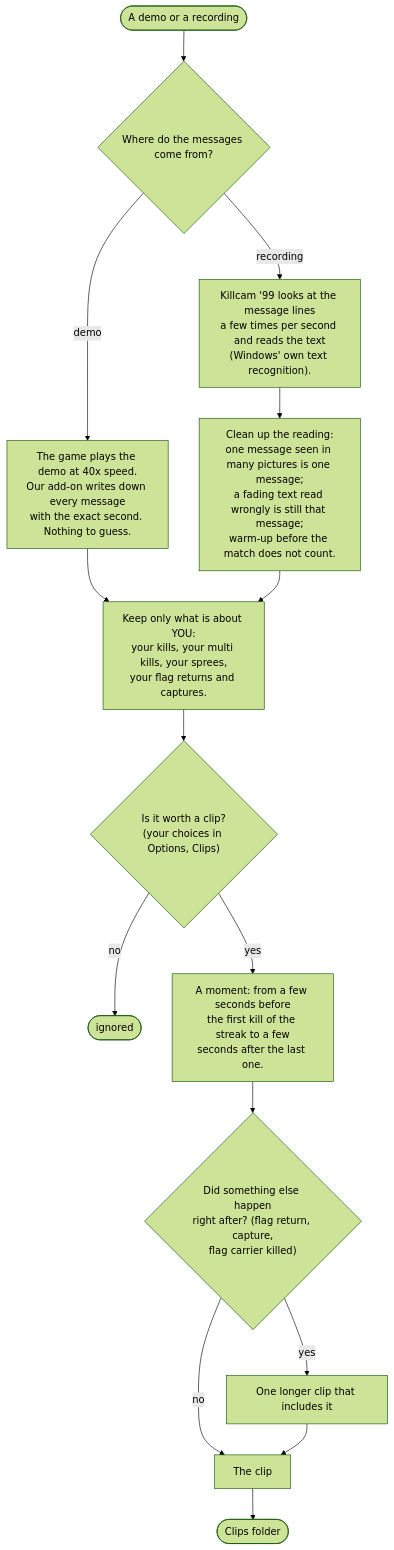
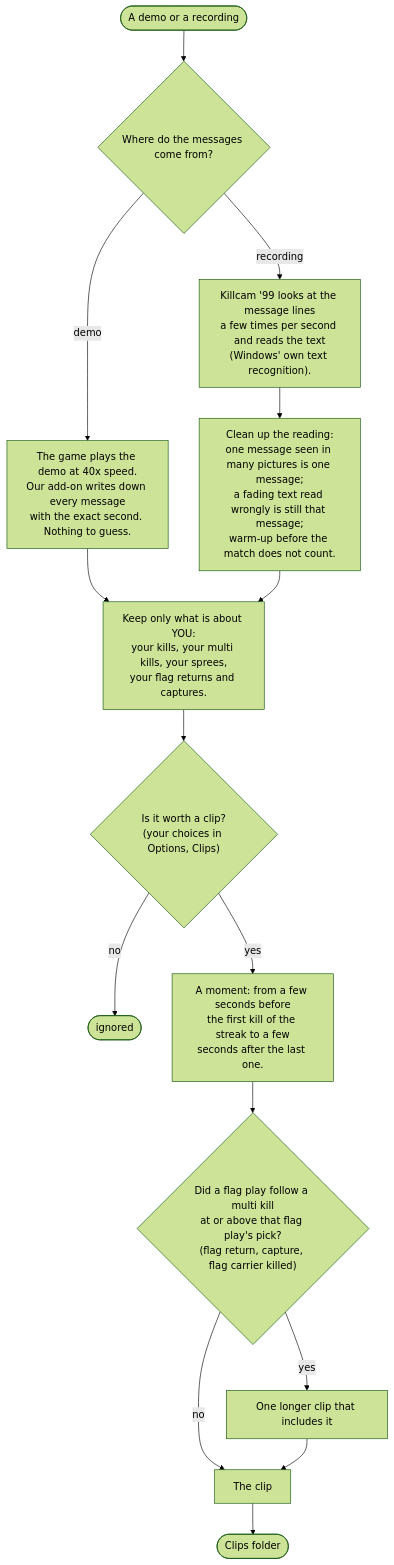
The first of 12 diagrams in README.md (fnlz-cybs/killcam99), drawn with Mermaid (forest theme) before and after one commit. The commit also changed other lines of this file and 10 other files, not shown here.

````diff
--- a/README.md
+++ b/README.md
@@ -360,17 +386,17 @@
 ```mermaid
 flowchart TD
     A(["A demo or a recording"]) --> B{"Where do the messages come from?"}
     B -- "demo" --> C["The game plays the demo at 40x speed.<br/>Our add-on writes down every message<br/>with the exact second. Nothing to guess."]
     B -- "recording" --> D["Killcam '99 looks at the message lines<br/>a few times per second and reads the text<br/>(Windows' own text recognition)."]
     D --> E["Clean up the reading:<br/>one message seen in many pictures is one message;<br/>a fading text read wrongly is still that message;<br/>warm-up before the match does not count."]
     C --> F["Keep only what is about YOU:<br/>your kills, your multi kills, your sprees,<br/>your flag returns and captures."]
     E --> F
     F --> G{"Is it worth a clip?<br/>(your choices in Options, Clips)"}
     G -- "no" --> H(["ignored"])
     G -- "yes" --> I["A moment: from a few seconds before<br/>the first kill of the streak to a few<br/>seconds after the last one."]
-    I --> J{"Did something else happen<br/>right after? (flag return, capture,<br/>flag carrier killed)"}
+    I --> J{"Did a flag play follow a multi kill<br/>at or above that flag play's pick?<br/>(flag return, capture, flag carrier killed)"}
     J -- "yes" --> K["One longer clip that includes it"]
     J -- "no" --> L["The clip"]
     K --> L
     L --> M(["Clips folder"])
 ```
````
